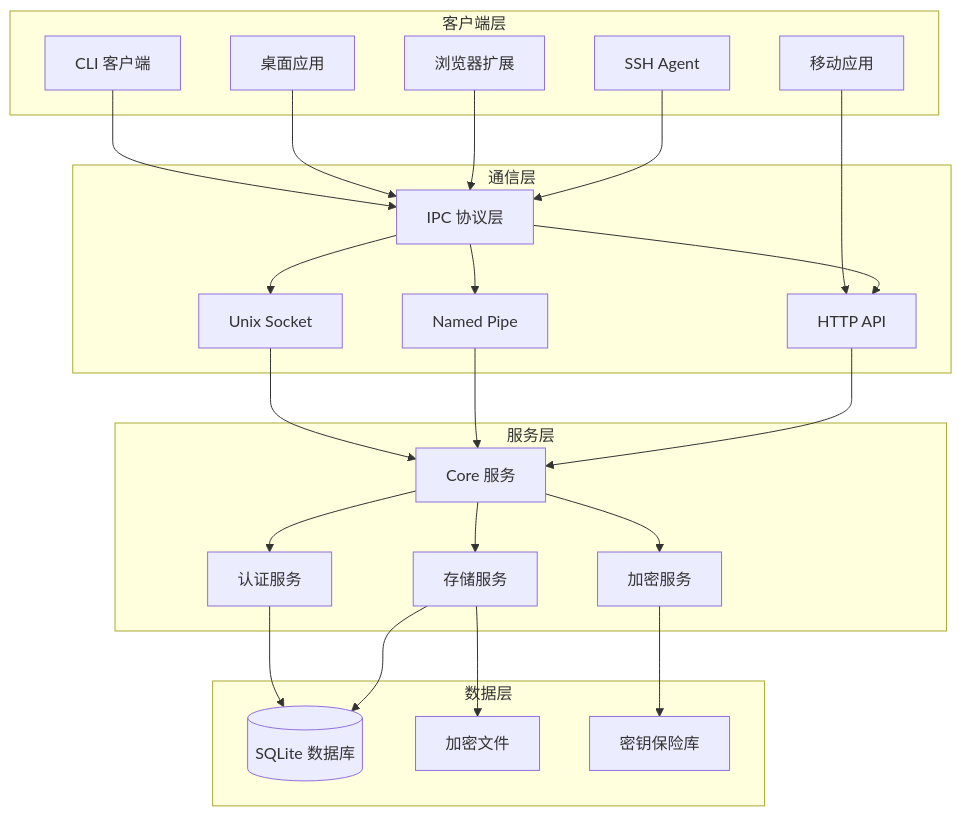
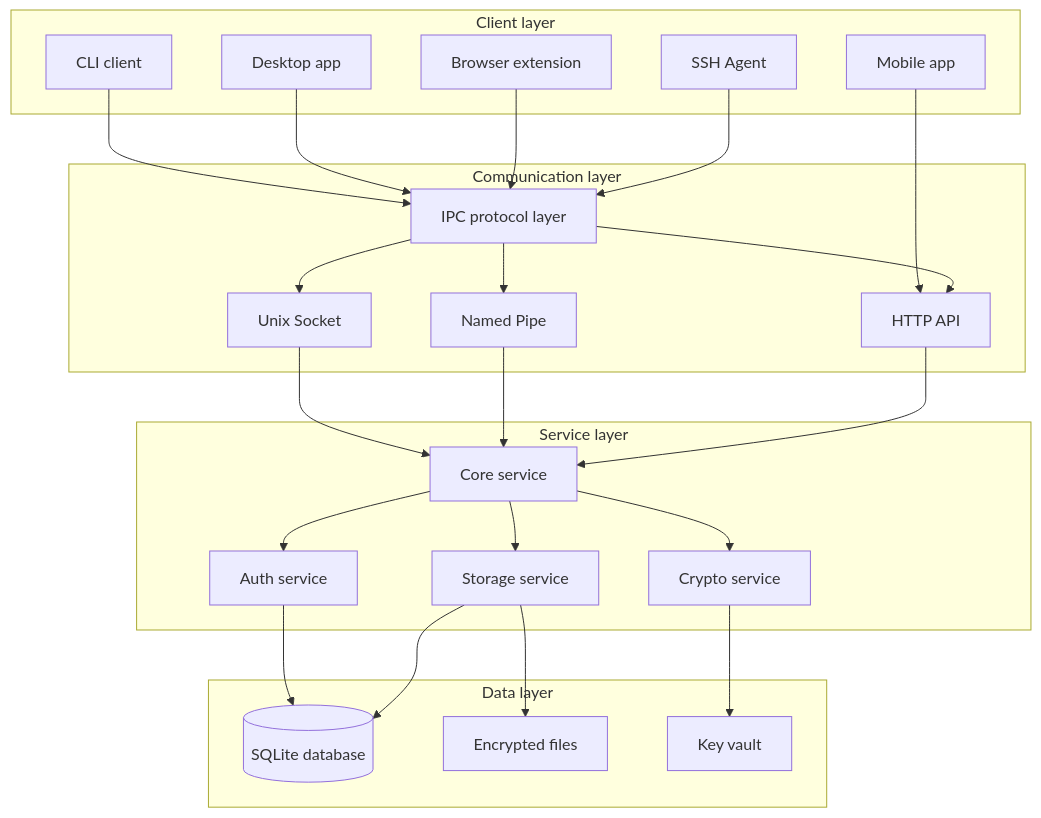
The diagram in docs/CLIENT_COMMUNICATION_ARCHITECTURE.md (cuihairu/persona), drawn with Mermaid before and after one commit. The commit also changed other lines of this file and 28 other files, not shown here.

````diff
--- a/docs/CLIENT_COMMUNICATION_ARCHITECTURE.md
+++ b/docs/CLIENT_COMMUNICATION_ARCHITECTURE.md
@@ -26,53 +33,53 @@
 ```mermaid
 graph TB
-    subgraph "客户端层"
-        CLI[CLI 客户端]
-        Desktop[桌面应用]
-        Browser[浏览器扩展]
+    subgraph "Client layer"
+        CLI[CLI client]
+        Desktop[Desktop app]
+        Browser[Browser extension]
         Agent[SSH Agent]
-        Mobile[移动应用]
+        Mobile[Mobile app]
     end
 
-    subgraph "通信层"
-        IPC[IPC 协议层]
+    subgraph "Communication layer"
+        IPC[IPC protocol layer]
         Unix[Unix Socket]
         Pipe[Named Pipe]
         HTTP[HTTP API]
     end
 
-    subgraph "服务层"
-        Core[Core 服务]
-        Auth[认证服务]
-        Crypto[加密服务]
-        Storage[存储服务]
+    subgraph "Service layer"
+        Core[Core service]
+        Auth[Auth service]
+        Crypto[Crypto service]
+        Storage[Storage service]
     end
 
-    subgraph "数据层"
-        DB[(SQLite 数据库)]
-        Files[加密文件]
-        Vault[密钥保险库]
+    subgraph "Data layer"
+        DB[(SQLite database)]
+        Files[Encrypted files]
+        Vault[Key vault]
     end
 
     CLI --> IPC
     Desktop --> IPC
     Browser --> IPC
     Agent --> IPC
     Mobile --> HTTP
 
     IPC --> Unix
     IPC --> Pipe
     IPC --> HTTP
 
     Unix --> Core
     Pipe --> Core
     HTTP --> Core
 
     Core --> Auth
     Core --> Crypto
     Core --> Storage
 
     Auth --> DB
     Crypto --> Vault
     Storage --> Files
     Storage --> DB
 ```
````
